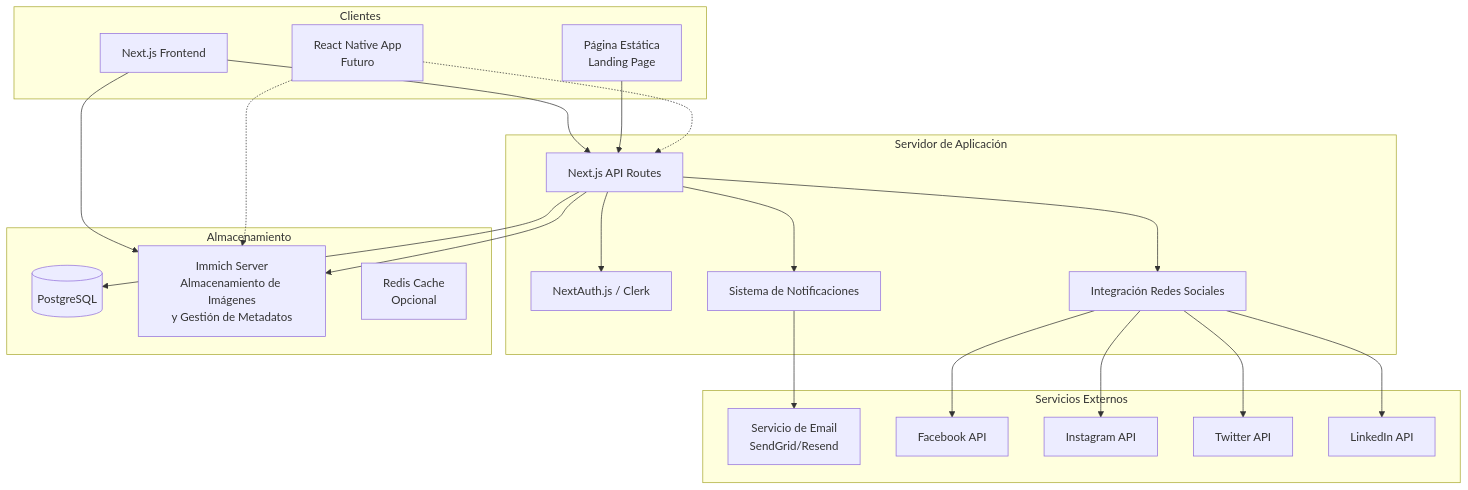
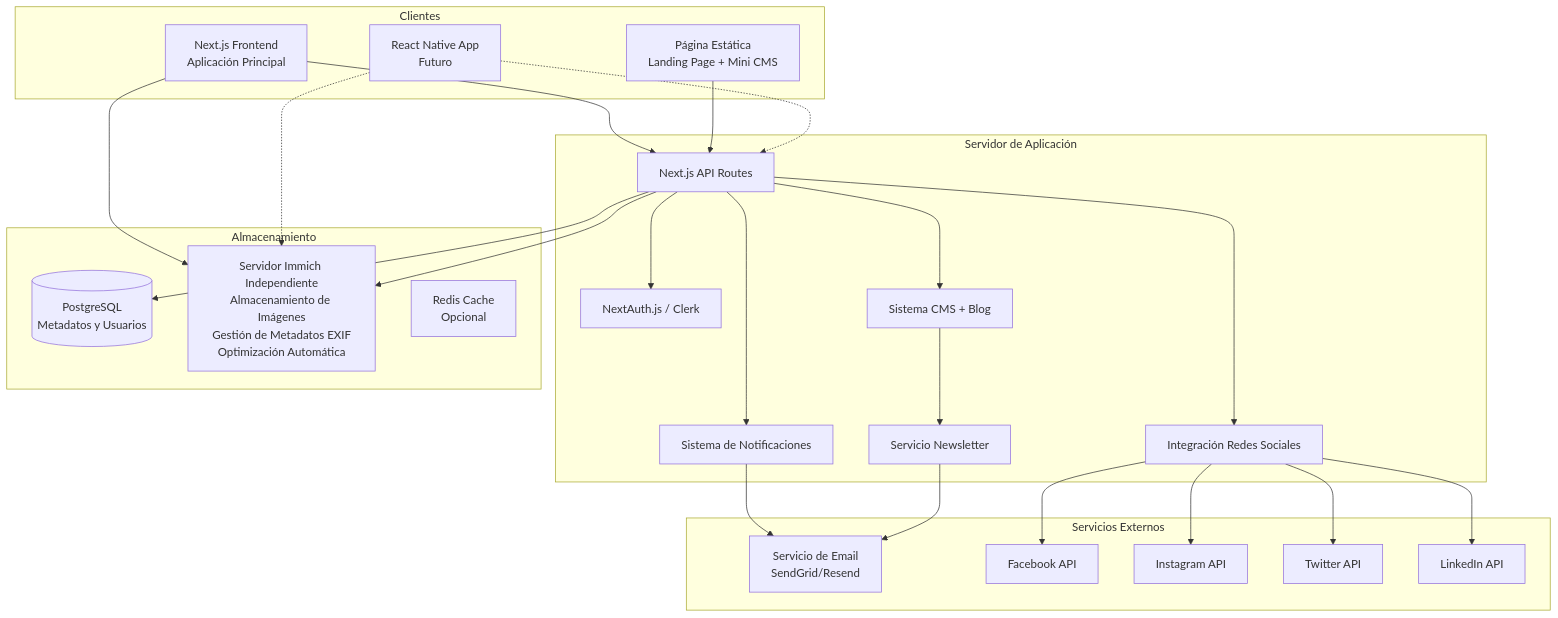
The diagram in .kiro/specs/webfestival-platform/design.md (ArthurTechPro/webfestival), drawn with Mermaid before and after one commit. The commit also changed other lines of this file and 4 other files, not shown here.

````diff
--- a/.kiro/specs/webfestival-platform/design.md
+++ b/.kiro/specs/webfestival-platform/design.md
@@ -11,47 +11,52 @@
 ```mermaid
 graph TB
     subgraph "Clientes"
-        WEB[Next.js Frontend]
-        STATIC[Página Estática<br/>Landing Page]
+        WEB[Next.js Frontend<br/>Aplicación Principal]
+        STATIC[Página Estática<br/>Landing Page + Mini CMS]
         MOBILE[React Native App<br/>Futuro]
     end
     
     subgraph "Servidor de Aplicación"
         API[Next.js API Routes]
         AUTH[NextAuth.js / Clerk]
         NOTIF[Sistema de Notificaciones]
         SOCIAL[Integración Redes Sociales]
+        CMS[Sistema CMS + Blog]
+        NEWSLETTER[Servicio Newsletter]
     end
     
     subgraph "Almacenamiento"
-        DB[(PostgreSQL)]
-        IMMICH[Immich Server<br/>Almacenamiento de Imágenes<br/>y Gestión de Metadatos]
+        DB[(PostgreSQL<br/>Metadatos y Usuarios)]
+        IMMICH[Servidor Immich Independiente<br/>Almacenamiento de Imágenes<br/>Gestión de Metadatos EXIF<br/>Optimización Automática]
         CACHE[Redis Cache<br/>Opcional]
     end
     
     subgraph "Servicios Externos"
         EMAIL[Servicio de Email<br/>SendGrid/Resend]
         FACEBOOK[Facebook API]
         INSTAGRAM[Instagram API]
         TWITTER[Twitter API]
         LINKEDIN[LinkedIn API]
     end
     
     WEB --> API
     STATIC --> API
     MOBILE -.-> API
     API --> DB
     API --> IMMICH
     API --> AUTH
     API --> NOTIF
     API --> SOCIAL
+    API --> CMS
+    CMS --> NEWSLETTER
     
     NOTIF --> EMAIL
+    NEWSLETTER --> EMAIL
     SOCIAL --> FACEBOOK
     SOCIAL --> INSTAGRAM
     SOCIAL --> TWITTER
     SOCIAL --> LINKEDIN
     
     WEB --> IMMICH
     MOBILE -.-> IMMICH
 ```
````
